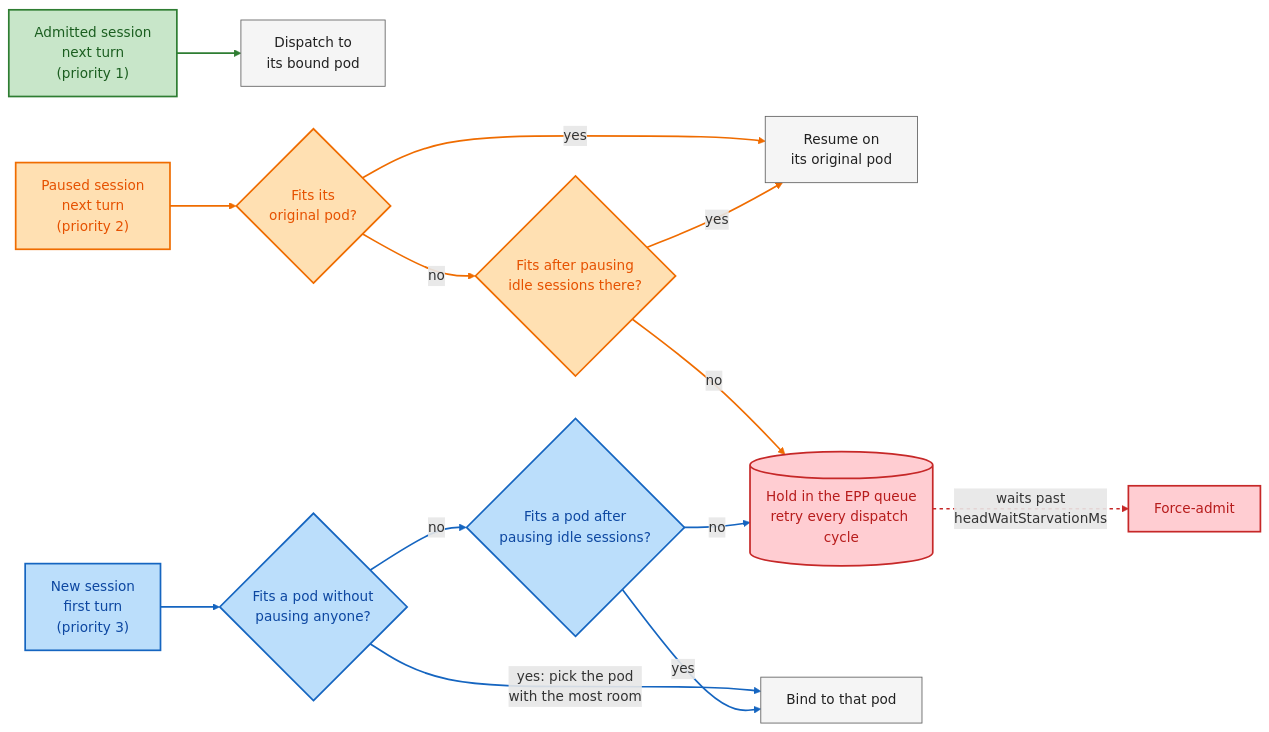
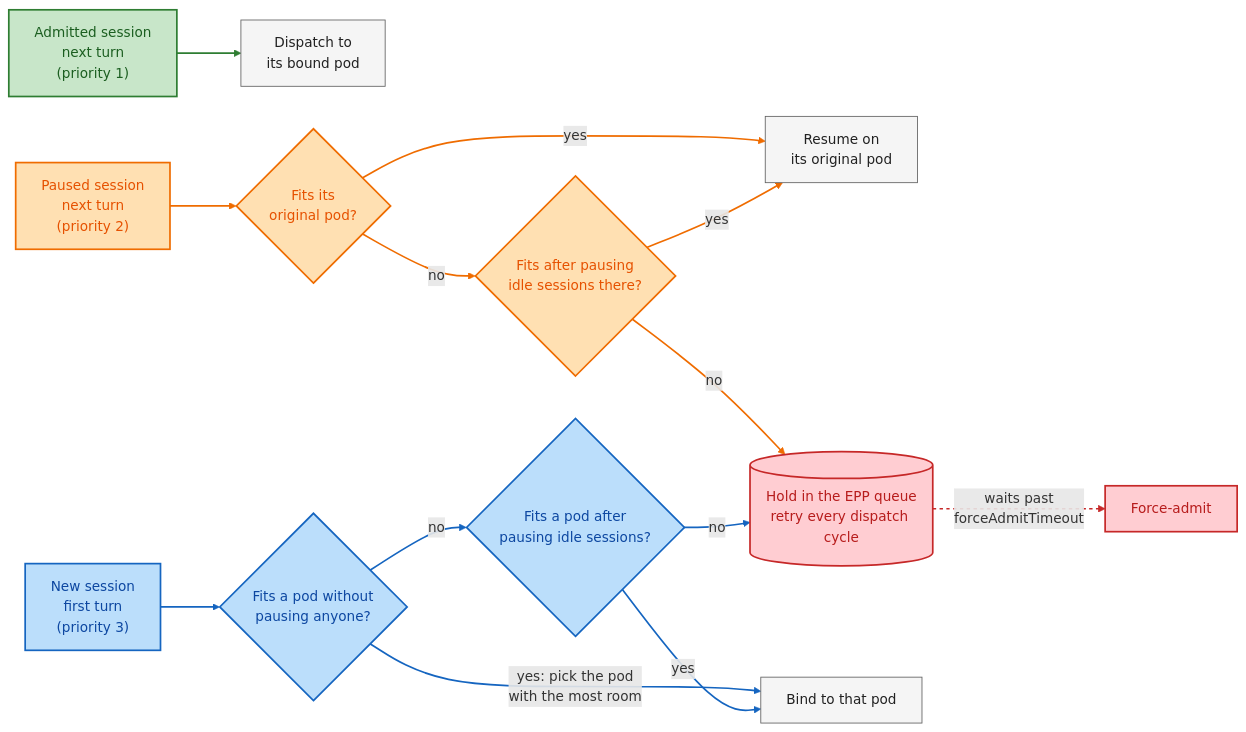
The diagram in guides/thunder-agent/README.md (llm-d/llm-d), drawn with Mermaid before and after one commit. The commit also changed other lines of this file and 1 other file, not shown here.

````diff
--- a/guides/thunder-agent/README.md
+++ b/guides/thunder-agent/README.md
@@ -71,34 +71,34 @@
 ```mermaid
 flowchart LR
     A["Admitted session<br/>next turn<br/>(priority 1)"]:::admitted
     P["Paused session<br/>next turn<br/>(priority 2)"]:::paused
     N["New session<br/>first turn<br/>(priority 3)"]:::new
 
     A --> DA["Dispatch to<br/>its bound pod"]:::go
 
     P --> PF{"Fits its<br/>original pod?"}:::paused
     PF -->|yes| DP["Resume on<br/>its original pod"]:::go
     PF -->|no| PI{"Fits after pausing<br/>idle sessions there?"}:::paused
     PI -->|yes| DP
     PI -->|no| H
 
     N --> NF{"Fits a pod without<br/>pausing anyone?"}:::new
     NF -->|"yes: pick the pod<br/>with the most room"| DN["Bind to that pod"]:::go
     NF -->|no| NI{"Fits a pod after<br/>pausing idle sessions?"}:::new
     NI -->|yes| DN
     NI -->|no| H
 
     H[("Hold in the EPP queue<br/>retry every dispatch cycle")]:::hold
-    H -->|"waits past<br/>headWaitStarvationMs"| F["Force-admit"]:::hold
+    H -->|"waits past<br/>forceAdmitTimeout"| F["Force-admit"]:::hold
 
     classDef admitted fill:#C8E6C9,stroke:#2E7D32,stroke-width:2px,color:#1B5E20
     classDef paused fill:#FFE0B2,stroke:#EF6C00,stroke-width:2px,color:#E65100
     classDef new fill:#BBDEFB,stroke:#1565C0,stroke-width:2px,color:#0D47A1
     classDef go fill:#F5F5F5,stroke:#616161,color:#212121
     classDef hold fill:#FFCDD2,stroke:#C62828,stroke-width:2px,color:#B71C1C
 
     linkStyle 0 stroke:#2E7D32,stroke-width:2px
     linkStyle 1,2,3,4,5 stroke:#EF6C00,stroke-width:2px
     linkStyle 6,7,8,9,10 stroke:#1565C0,stroke-width:2px
     linkStyle 11 stroke:#C62828,stroke-width:2px,stroke-dasharray:4
 ```
````
